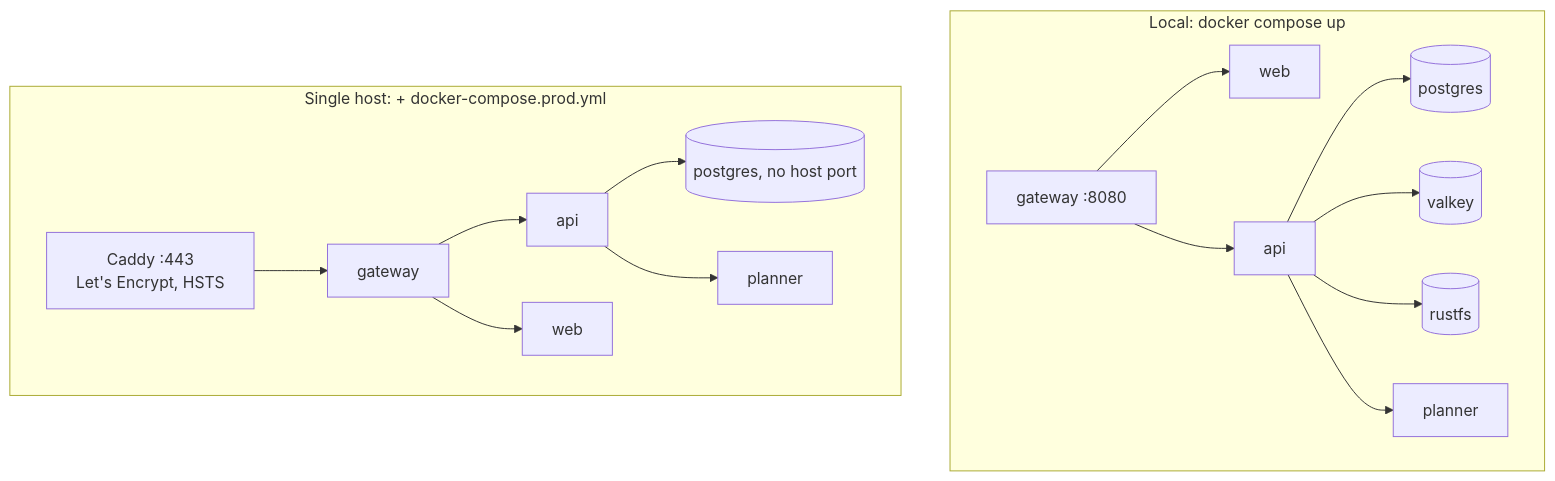
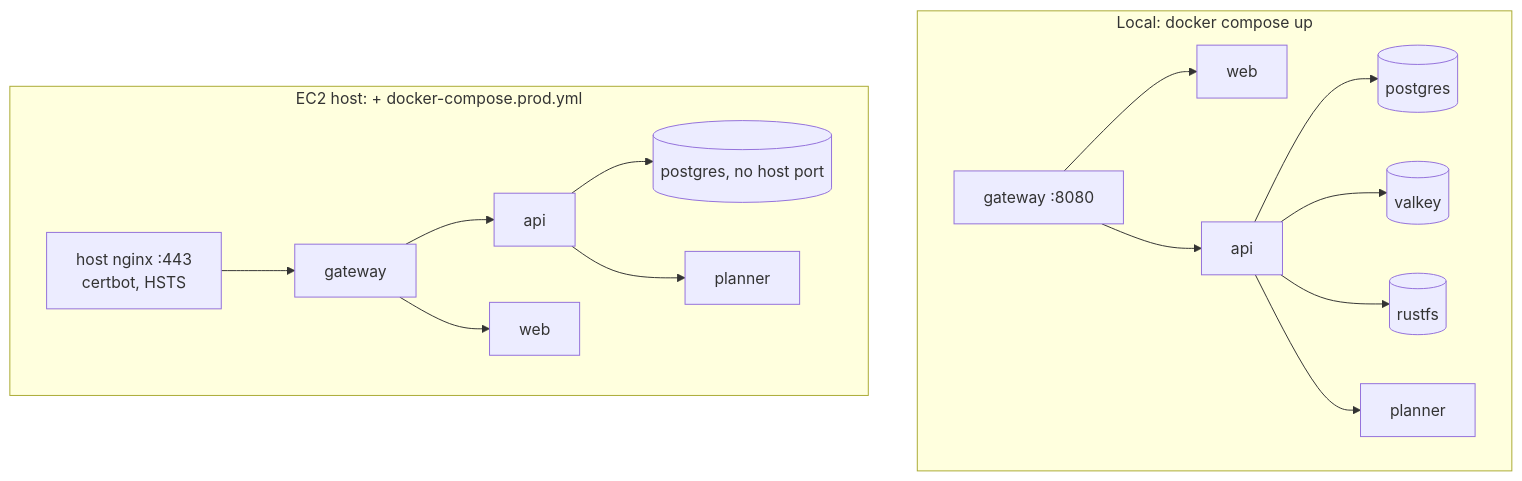
One commit to vimu-nk/sprint-overflow_way-flow changed the fifth of 5 diagrams in docs/architecture.md. Above: the diagram before and after it, drawn with Mermaid. The commit also changed other lines of this file and 9 other files, not shown here.

First line of the commit message:
feat(infra): deploy to EC2 behind host nginx with a manual CD workflow

````diff
--- a/docs/architecture.md
+++ b/docs/architecture.md
@@ -181,17 +181,17 @@
 ```mermaid
 flowchart TB
   subgraph Local["Local: docker compose up"]
     G1["gateway :8080"] --> W1[web]
     G1 --> A1[api]
     A1 --> P1[(postgres)]
     A1 --> V1[(valkey)]
     A1 --> R1[(rustfs)]
     A1 --> L1[planner]
   end
-  subgraph Host["Single host: + docker-compose.prod.yml"]
-    C2["Caddy :443<br/>Let's Encrypt, HSTS"] --> G2[gateway] --> A2[api]
+  subgraph Host["EC2 host: + docker-compose.prod.yml"]
+    C2["host nginx :443<br/>certbot, HSTS"] --> G2[gateway] --> A2[api]
     G2 --> W2[web]
     A2 --> P2[(postgres, no host port)]
     A2 --> L2[planner]
   end
 ```
````
